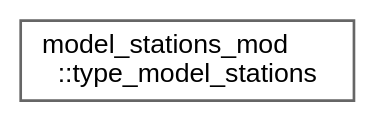
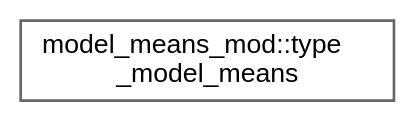
One commit to mayhl/FUNWAVE-TVD changed the diagram in release/v4.0-beta/inherit_graph_41.dot. Above: the diagram before and after it, drawn with Graphviz. The commit also changed 177 other files, not shown here.

```diff
--- a/release/v4.0-beta/inherit_graph_41.dot
+++ b/release/v4.0-beta/inherit_graph_41.dot
@@ -1,9 +1,9 @@
 digraph "Graphical Class Hierarchy"
 {
  // LATEX_PDF_SIZE
   bgcolor="transparent";
   edge [fontname=Helvetica,fontsize=10,labelfontname=Helvetica,labelfontsize=10];
   node [fontname=Helvetica,fontsize=10,shape=box,height=0.2,width=0.4];
   rankdir="LR";
-  Node0 [id="Node000000",label="model_stations_mod\l::type_model_stations",height=0.2,width=0.4,color="grey40", fillcolor="white", style="filled",URL="$structmodel__stations__mod_1_1type__model__stations.html",tooltip=" "];
+  Node0 [id="Node000000",label="model_means_mod::type\l_model_means",height=0.2,width=0.4,color="grey40", fillcolor="white", style="filled",URL="$structmodel__means__mod_1_1type__model__means.html",tooltip=" "];
 }
```
